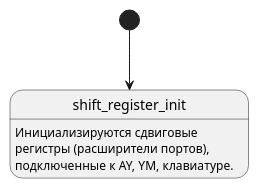
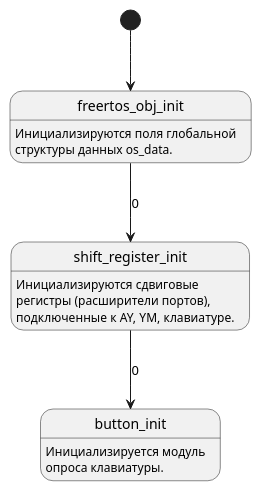
One commit to Vadimatorik/ChiptunePlayer-2.22 changed the diagram in user_code/ayplayer_pcb_init_fsm.pu. Above: the diagram before and after it, drawn with PlantUML. The commit also changed 11 other files, not shown here.

```diff
--- a/user_code/ayplayer_pcb_init_fsm.pu
+++ b/user_code/ayplayer_pcb_init_fsm.pu
@@ -1,11 +1,27 @@
 @startuml
 
 [*] --> start
 
-state "shift_register_init" as start {
-start: Инициализируются сдвиговые 
-start: регистры (расширители портов), 
-start: подключенные к AY, YM, клавиатуре.
+state "freertos_obj_init" as start {
+start: Инициализируются поля глобальной 
+start: структуры данных os_data.
 }
 
+start --> s1 : 0
+
+state "shift_register_init" as s1 {
+s1: Инициализируются сдвиговые 
+s1: регистры (расширители портов), 
+s1: подключенные к AY, YM, клавиатуре.
+}
+
+s1 --> s2 : 0
+
+state "button_init" as s2 {
+s2: Инициализируется модуль 
+s2: опроса клавиатуры.
+} 
+
+
+
 @enduml
```
